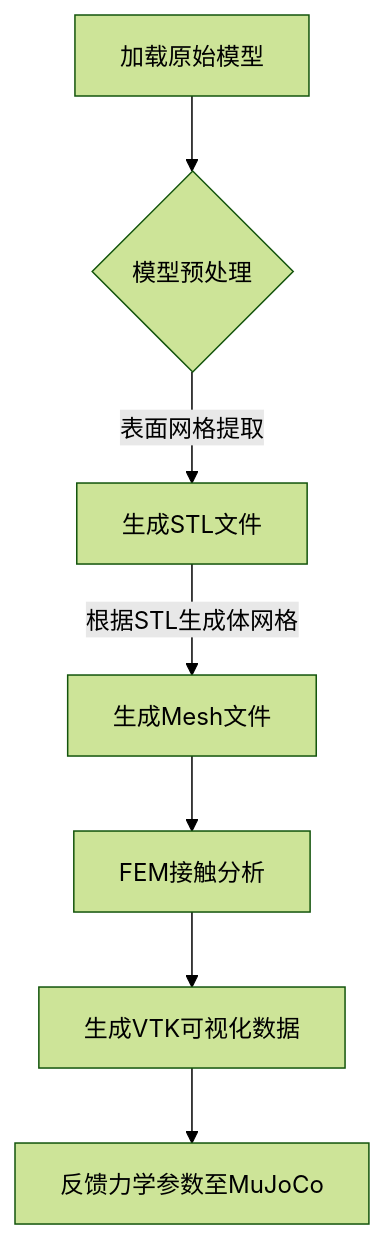
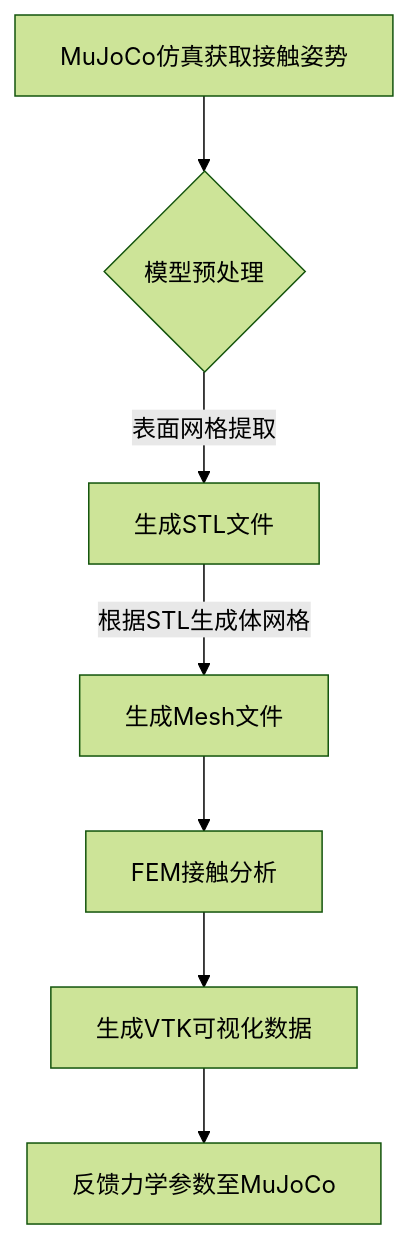
One commit to BryantFeng0629/MujocoFEM_Contact changed the diagram in README.md. Above: the diagram before and after it, drawn with Mermaid (forest theme).

````diff
--- a/README.md
+++ b/README.md
@@ -32,9 +32,9 @@
 ```mermaid
 graph TD
-    A[加载原始模型] --> B{模型预处理}
+    A[MuJoCo仿真获取接触姿势] --> B{模型预处理}
     B -->|表面网格提取| C[生成STL文件]
     C -->|根据STL生成体网格| D[生成Mesh文件]
     D --> E[FEM接触分析]
     E --> F[生成VTK可视化数据]
     F --> G[反馈力学参数至MuJoCo]
 ```
````
